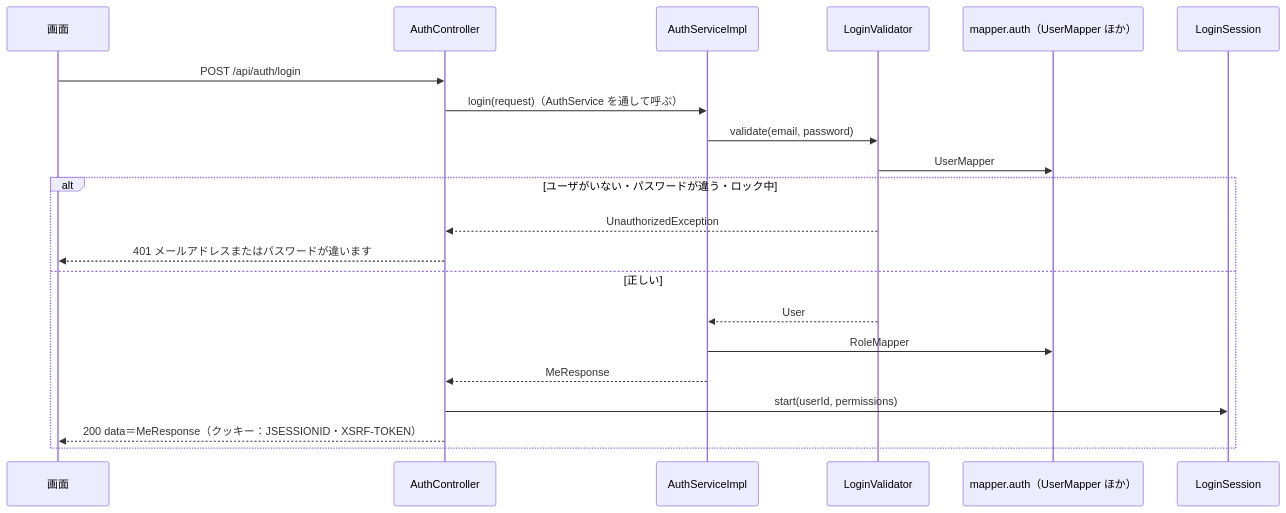
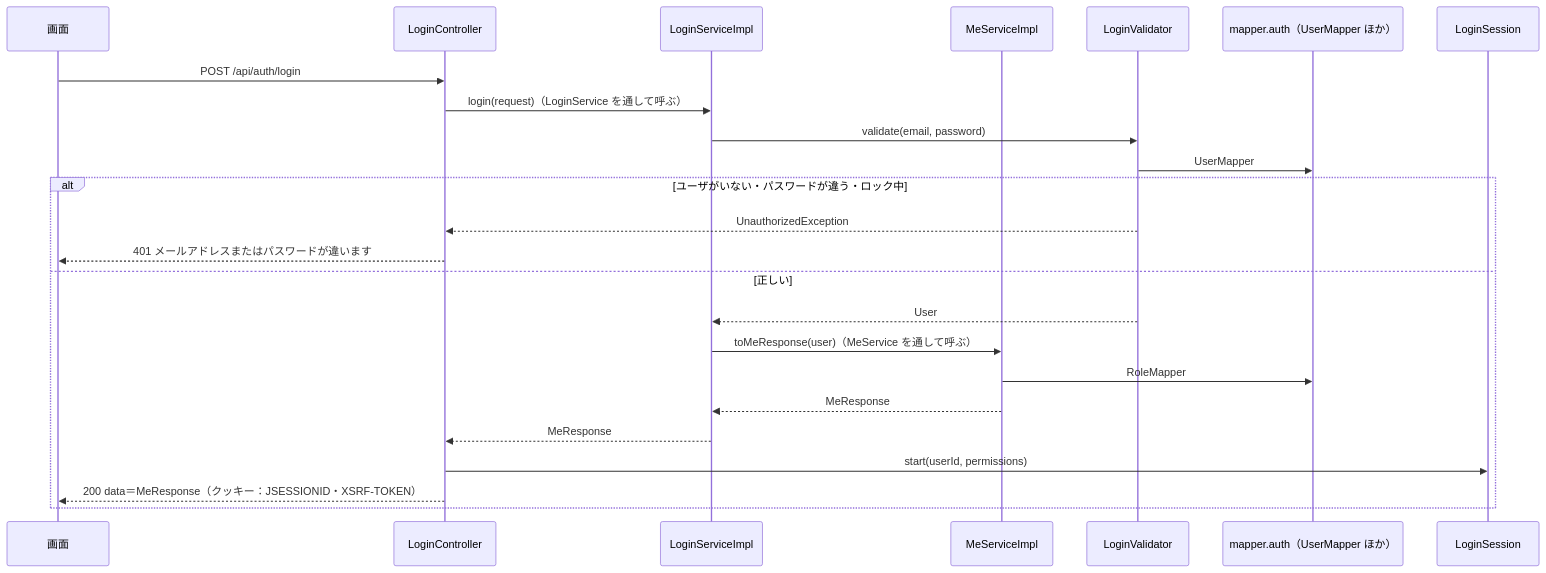
Before and after one commit to sekiyak611/EquipmentManagementSystem_Document: the diagram in internaldesign/詳細設計/auth/A-01_ログイン.md, drawn with Mermaid. The commit also changed other lines of this file and 9 other files, not shown here.

First line of the commit message:
controller と service を API 1本に1つずつにする決まりにした（2026-11-10）

````diff
--- a/internaldesign/詳細設計/auth/A-01_ログイン.md
+++ b/internaldesign/詳細設計/auth/A-01_ログイン.md
@@ -98,23 +98,26 @@
 ```mermaid
 sequenceDiagram
     participant 画面
-    participant AuthController
-    participant AuthServiceImpl
+    participant LoginController
+    participant LoginServiceImpl
+    participant MeServiceImpl
     participant LoginValidator
     participant Mapper as mapper.auth（UserMapper ほか）
     participant LoginSession
-    画面->>AuthController: POST /api/auth/login
-    AuthController->>AuthServiceImpl: login(request)（AuthService を通して呼ぶ）
-    AuthServiceImpl->>LoginValidator: validate(email, password)
+    画面->>LoginController: POST /api/auth/login
+    LoginController->>LoginServiceImpl: login(request)（LoginService を通して呼ぶ）
+    LoginServiceImpl->>LoginValidator: validate(email, password)
     LoginValidator->>Mapper: UserMapper#selectByEmail
     alt ユーザがいない・パスワードが違う・ロック中
-        LoginValidator-->>AuthController: UnauthorizedException
-        AuthController-->>画面: 401 メールアドレスまたはパスワードが違います
+        LoginValidator-->>LoginController: UnauthorizedException
+        LoginController-->>画面: 401 メールアドレスまたはパスワードが違います
     else 正しい
-        LoginValidator-->>AuthServiceImpl: User
-        AuthServiceImpl->>Mapper: RoleMapper#selectNameById・RolePermissionMapper#selectPermissionCodesByRoleId・PermissionMapper#selectSortedCodes
-        AuthServiceImpl-->>AuthController: MeResponse
-        AuthController->>LoginSession: start(userId, permissions)
-        AuthController-->>画面: 200 data＝MeResponse（クッキー：JSESSIONID・XSRF-TOKEN）
+        LoginValidator-->>LoginServiceImpl: User
+        LoginServiceImpl->>MeServiceImpl: toMeResponse(user)（MeService を通して呼ぶ）
+        MeServiceImpl->>Mapper: RoleMapper#selectNameById・RolePermissionMapper#selectPermissionCodesByRoleId・PermissionMapper#selectSortedCodes
+        MeServiceImpl-->>LoginServiceImpl: MeResponse
+        LoginServiceImpl-->>LoginController: MeResponse
+        LoginController->>LoginSession: start(userId, permissions)
+        LoginController-->>画面: 200 data＝MeResponse（クッキー：JSESSIONID・XSRF-TOKEN）
     end
 ```
````
